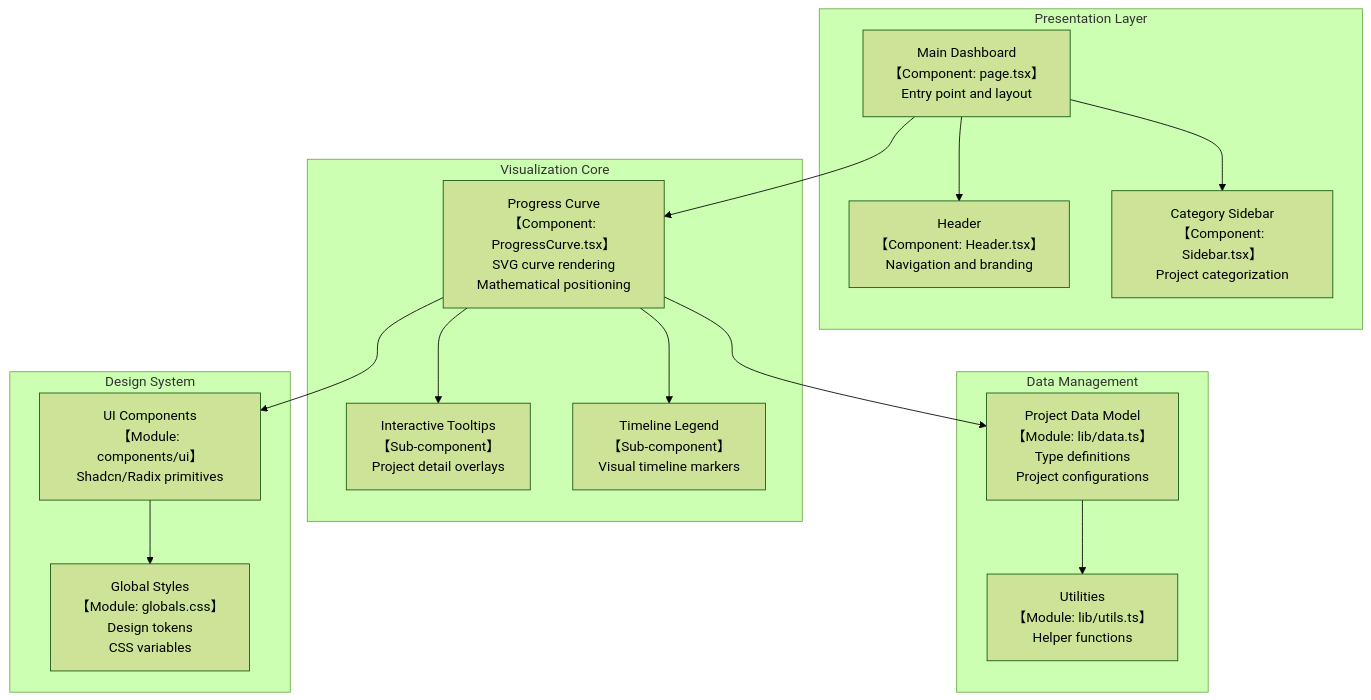
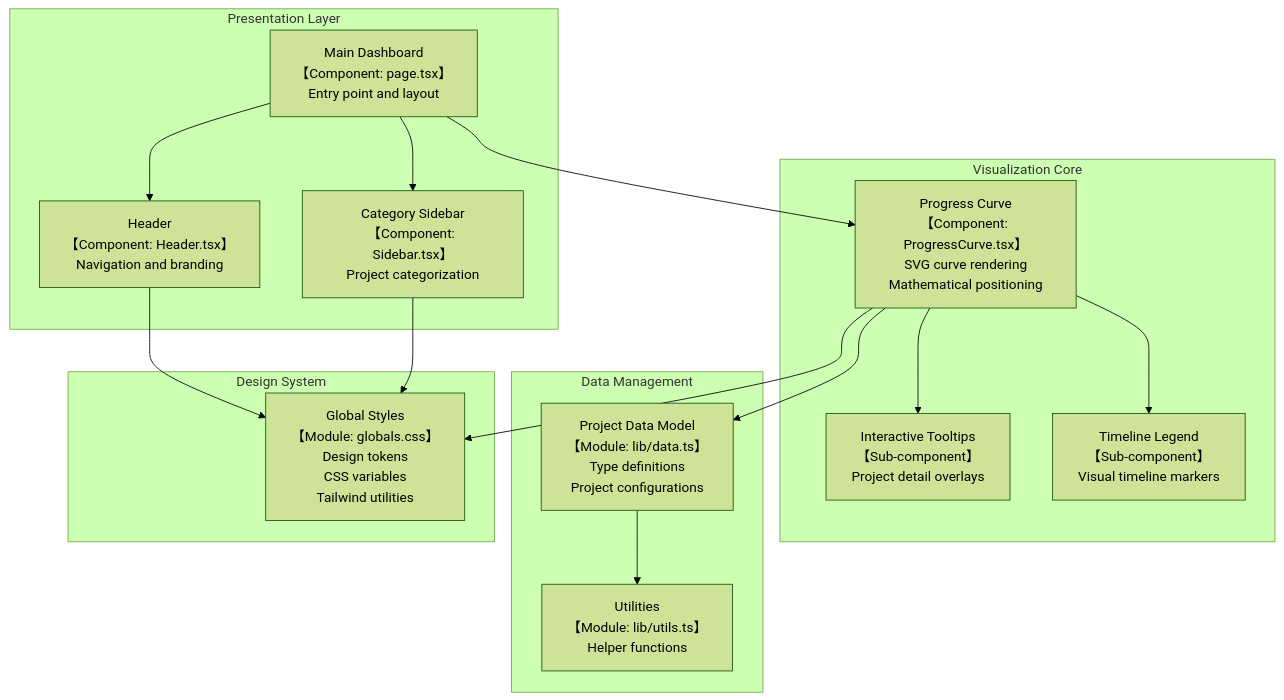
The third of 7 diagrams in ARCHITECTURE.md (alexfoley/ciso-work-cycle), drawn with Mermaid (forest theme) before and after one commit. The commit also changed 8 other files, not shown here.

````diff
--- a/ARCHITECTURE.md
+++ b/ARCHITECTURE.md
@@ -88,34 +88,34 @@
 ```mermaid
 graph TB
     subgraph "Presentation Layer"
         Page["Main Dashboard<br/>【Component: page.tsx】<br/>Entry point and layout"]
         Header["Header<br/>【Component: Header.tsx】<br/>Navigation and branding"]
         Sidebar["Category Sidebar<br/>【Component: Sidebar.tsx】<br/>Project categorization"]
     end
 
     subgraph "Visualization Core"
         Curve["Progress Curve<br/>【Component: ProgressCurve.tsx】<br/>SVG curve rendering<br/>Mathematical positioning"]
         Tooltip["Interactive Tooltips<br/>【Sub-component】<br/>Project detail overlays"]
         Legend["Timeline Legend<br/>【Sub-component】<br/>Visual timeline markers"]
     end
 
     subgraph "Data Management"
         ProjectData["Project Data Model<br/>【Module: lib/data.ts】<br/>Type definitions<br/>Project configurations"]
         Utils["Utilities<br/>【Module: lib/utils.ts】<br/>Helper functions"]
     end
 
     subgraph "Design System"
-        UI["UI Components<br/>【Module: components/ui】<br/>Shadcn/Radix primitives"]
-        Styles["Global Styles<br/>【Module: globals.css】<br/>Design tokens<br/>CSS variables"]
+        Styles["Global Styles<br/>【Module: globals.css】<br/>Design tokens<br/>CSS variables<br/>Tailwind utilities"]
     end
 
     Page --> Header
     Page --> Sidebar
     Page --> Curve
     Curve --> Tooltip
     Curve --> Legend
     Curve --> ProjectData
-    Curve --> UI
-    UI --> Styles
+    Curve --> Styles
+    Header --> Styles
+    Sidebar --> Styles
     ProjectData --> Utils
 ```
````
